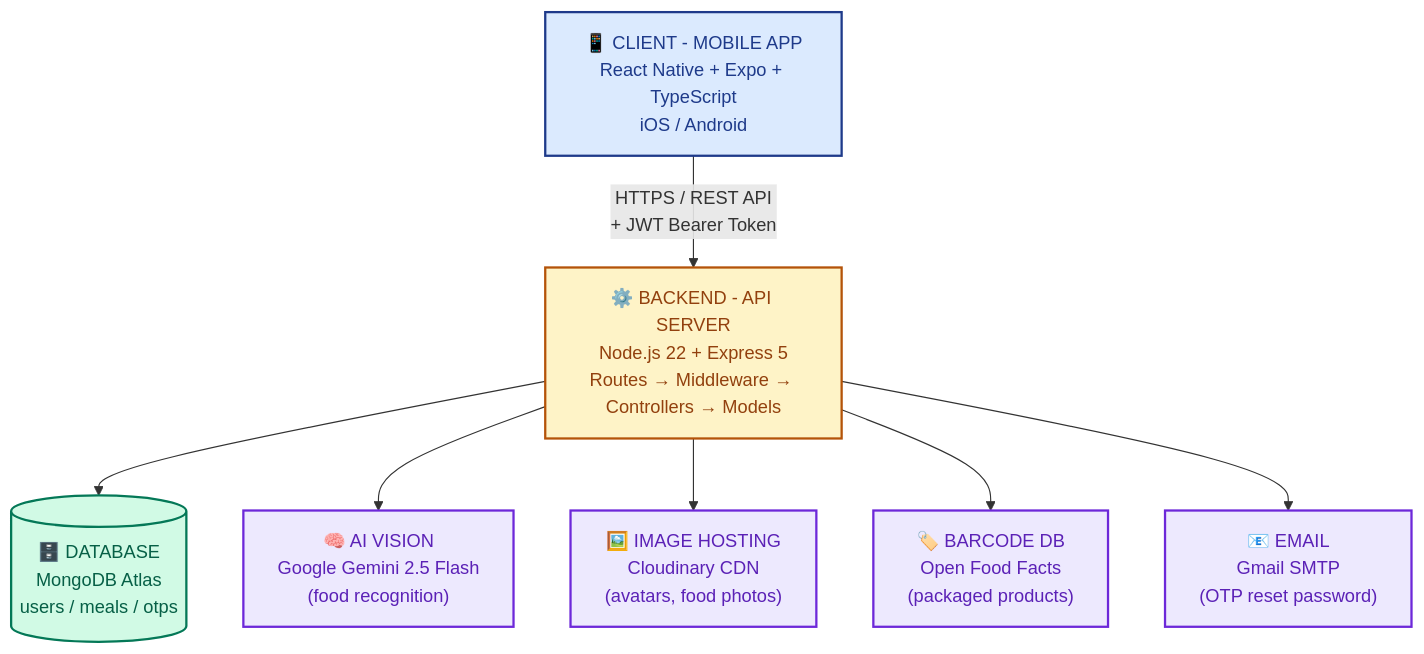
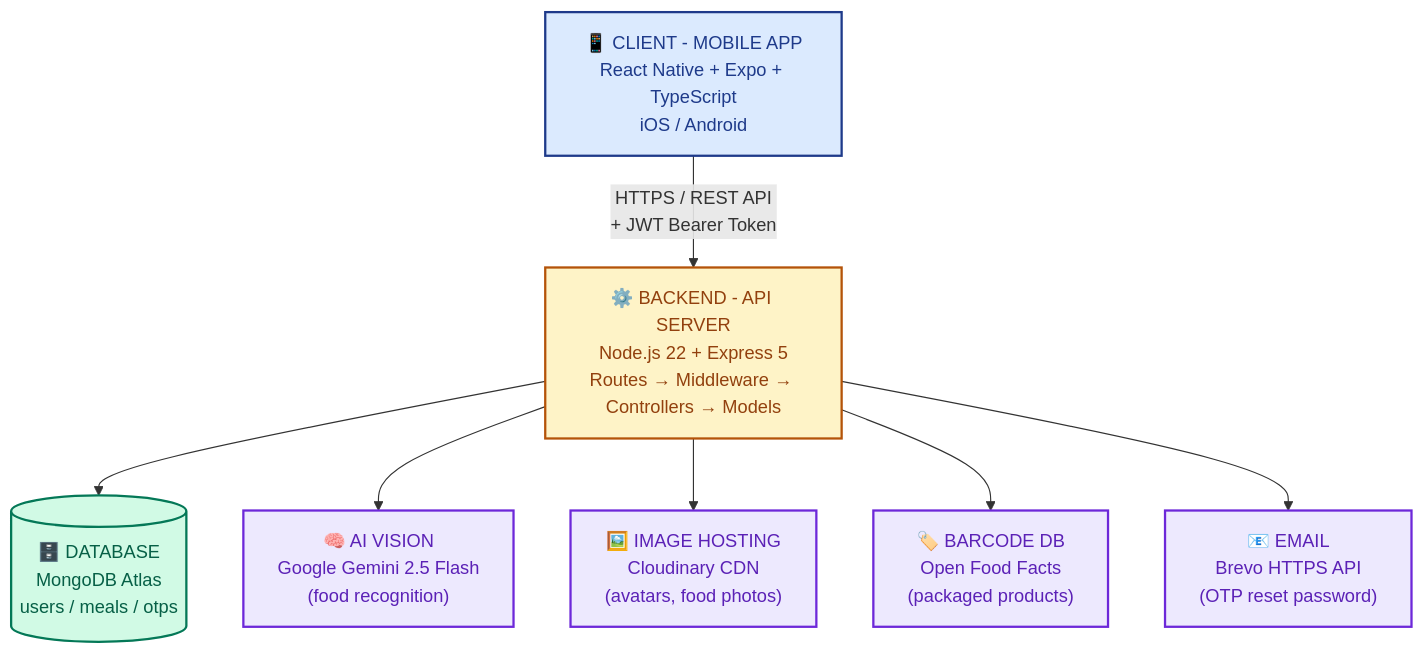
Before and after one commit to King242004/COMP1682.King: the first of 3 diagrams in ARCHITECTURE.md, drawn with Mermaid. The commit also changed other lines of this file and 8 other files, not shown here.

Commit message:
fix: finalize Brevo OTP email delivery

````diff
--- a/ARCHITECTURE.md
+++ b/ARCHITECTURE.md
@@ -204,24 +204,24 @@
 ```mermaid
 flowchart TB
     Client["📱 CLIENT - MOBILE APP<br/>React Native + Expo + TypeScript<br/>iOS / Android"]:::client
 
     Backend["⚙️ BACKEND - API SERVER<br/>Node.js 22 + Express 5<br/>Routes → Middleware → Controllers → Models"]:::backend
 
     DB[("🗄️ DATABASE<br/>MongoDB Atlas<br/>users / meals / otps")]:::db
     Gemini["🧠 AI VISION<br/>Google Gemini 2.5 Flash<br/>(food recognition)"]:::ext
     Cloudinary["🖼️ IMAGE HOSTING<br/>Cloudinary CDN<br/>(avatars, food photos)"]:::ext
     OpenFood["🏷️ BARCODE DB<br/>Open Food Facts<br/>(packaged products)"]:::ext
-    Gmail["📧 EMAIL<br/>Gmail SMTP<br/>(OTP reset password)"]:::ext
+    Brevo["📧 EMAIL<br/>Brevo HTTPS API<br/>(OTP reset password)"]:::ext
 
     Client -- "HTTPS / REST API<br/>+ JWT Bearer Token" --> Backend
     Backend --> DB
     Backend --> Gemini
     Backend --> Cloudinary
     Backend --> OpenFood
-    Backend --> Gmail
+    Backend --> Brevo
 
     classDef client fill:#DBEAFE,stroke:#1E3A8A,stroke-width:2px,color:#1E3A8A
     classDef backend fill:#FEF3C7,stroke:#B45309,stroke-width:2px,color:#92400E
     classDef db fill:#D1FAE5,stroke:#047857,stroke-width:2px,color:#065F46
     classDef ext fill:#EDE9FE,stroke:#6D28D9,stroke-width:2px,color:#5B21B6
 ```
````
